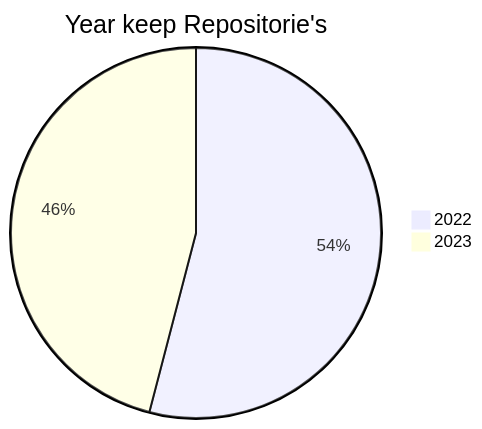
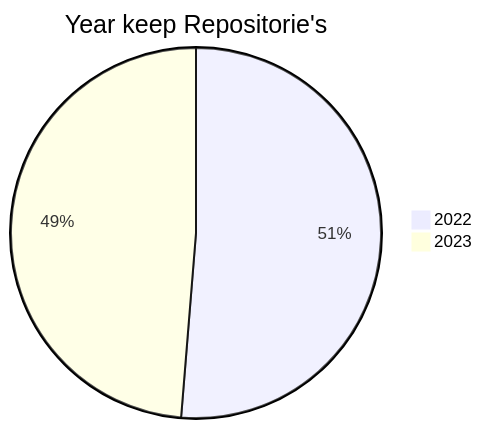
Before and after one commit to BackdevHong/YOC: the second of 2 diagrams in README.md, drawn with Mermaid. The commit also changed other lines of this file, not shown here.

````diff
--- a/README.md
+++ b/README.md
@@ -13,5 +13,5 @@
 ```mermaid
 pie title Year keep Repositorie's
     "2022" : 20
-    "2023" : 17
+    "2023" : 19
 ```
````
